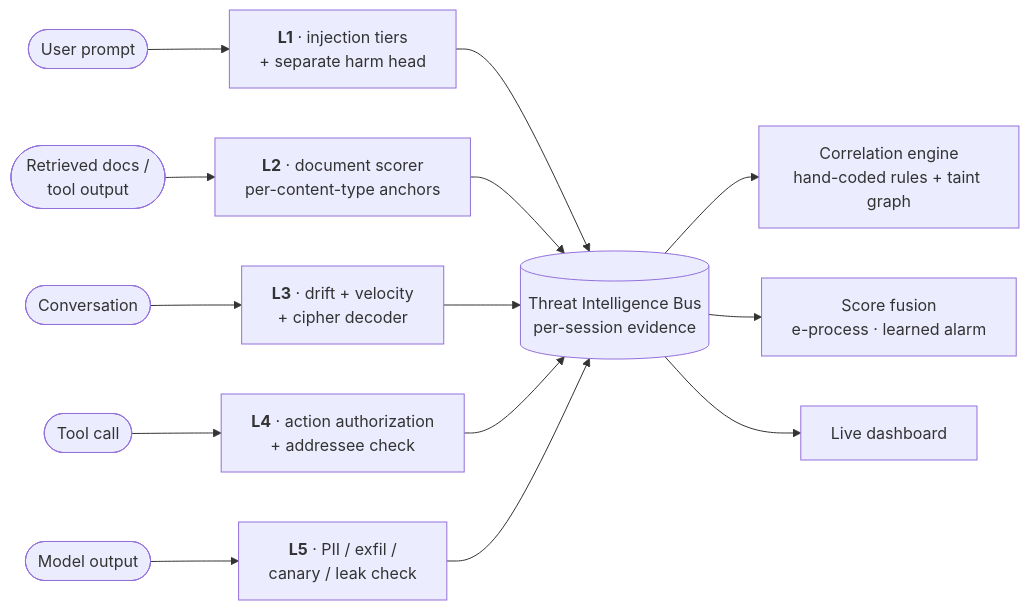
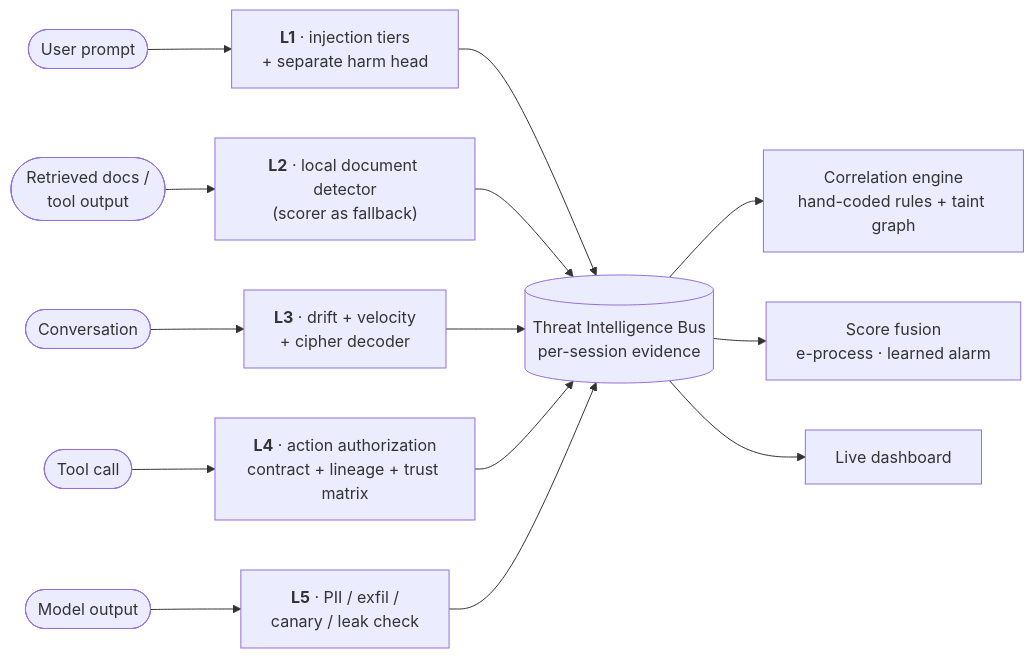
The diagram in README.md (Gokul0211/Defense-in-Depth-Architecture-for-Secure-Conversational-AI), drawn with Mermaid before and after one commit. The commit also changed other lines of this file and 69 other files, not shown here.

First line of the commit message:
Local L4 profile rules, L5 field policy, L1 probe rounds, L2 local detector and all-metrics reporting

````diff
--- a/README.md
+++ b/README.md
@@ -182,14 +241,14 @@
 ```mermaid
 flowchart LR
     P([User prompt]) --> L1["<b>L1</b> · injection tiers<br/>+ separate harm head"]
-    D([Retrieved docs /<br/>tool output]) --> L2["<b>L2</b> · document scorer<br/>per-content-type anchors"]
+    D([Retrieved docs /<br/>tool output]) --> L2["<b>L2</b> · local document detector<br/>(scorer as fallback)"]
     C([Conversation]) --> L3["<b>L3</b> · drift + velocity<br/>+ cipher decoder"]
-    T([Tool call]) --> L4["<b>L4</b> · action authorization<br/>+ addressee check"]
+    T([Tool call]) --> L4["<b>L4</b> · action authorization<br/>contract + lineage + trust matrix"]
     O([Model output]) --> L5["<b>L5</b> · PII / exfil /<br/>canary / leak check"]
 
     L1 & L2 & L3 & L4 & L5 --> BUS[("Threat Intelligence Bus<br/>per-session evidence")]
 
     BUS --> CE["Correlation engine<br/>hand-coded rules + taint graph"]
     BUS --> FU["Score fusion<br/>e-process · learned alarm"]
     BUS --> DB["Live dashboard"]
 ```
````
